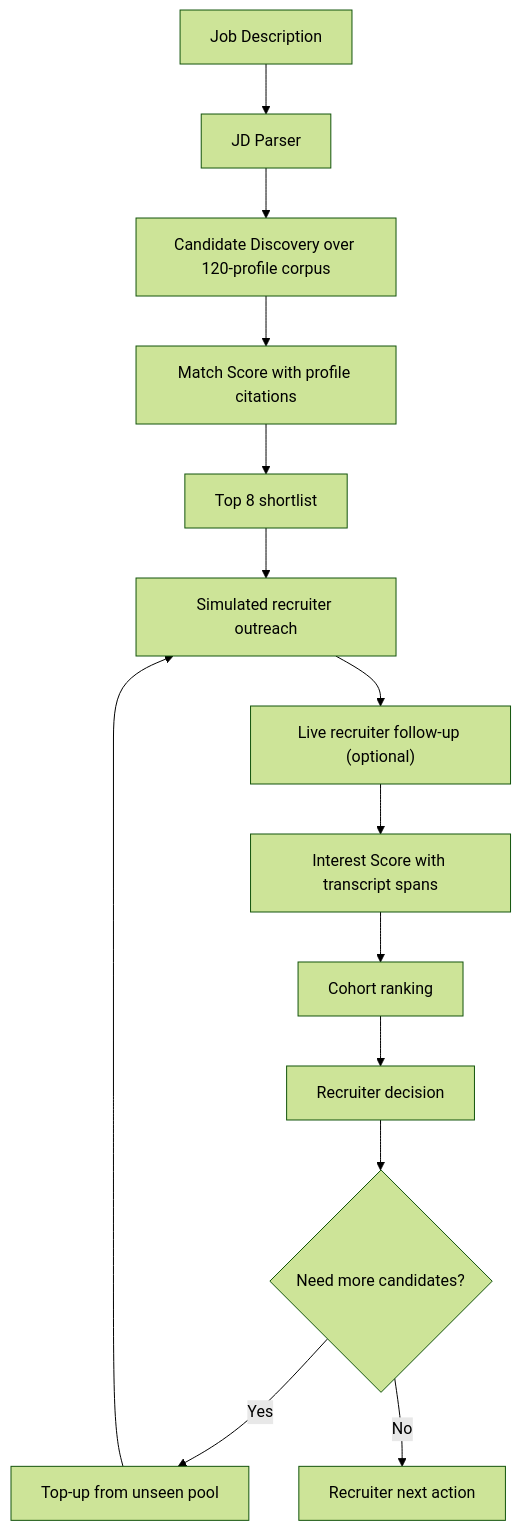
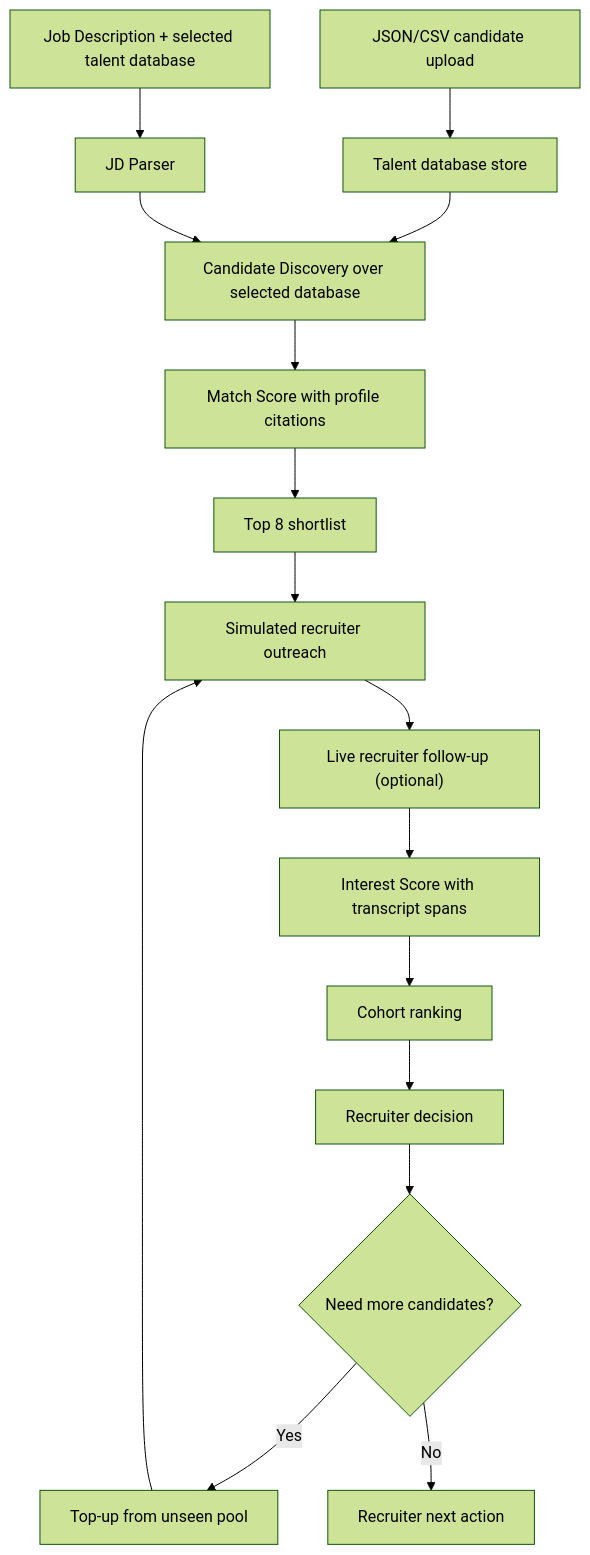
One commit to iayushsharmaIITM/plumb changed the diagram in docs/ARCHITECTURE.md. Above: the diagram before and after it, drawn with Mermaid (forest theme). The commit also changed other lines of this file and 11 other files, not shown here.

Commit message:
Add talent database upload and selection

````diff
--- a/docs/ARCHITECTURE.md
+++ b/docs/ARCHITECTURE.md
@@ -3,16 +3,18 @@
 ```mermaid
 flowchart TD
-  A["Job Description"] --> B["JD Parser"]
-  B --> C["Candidate Discovery over 120-profile corpus"]
+  A["Job Description + selected talent database"] --> B["JD Parser"]
+  U["JSON/CSV candidate upload"] --> V["Talent database store"]
+  V --> C
+  B --> C["Candidate Discovery over selected database"]
   C --> D["Match Score with profile citations"]
   D --> E["Top 8 shortlist"]
   E --> F["Simulated recruiter outreach"]
   F --> G["Live recruiter follow-up (optional)"]
   G --> H["Interest Score with transcript spans"]
   H --> I["Cohort ranking"]
   I --> J["Recruiter decision"]
   J --> K{"Need more candidates?"}
   K -->|Yes| L["Top-up from unseen pool"]
   L --> F
   K -->|No| M["Recruiter next action"]
 ```
````
